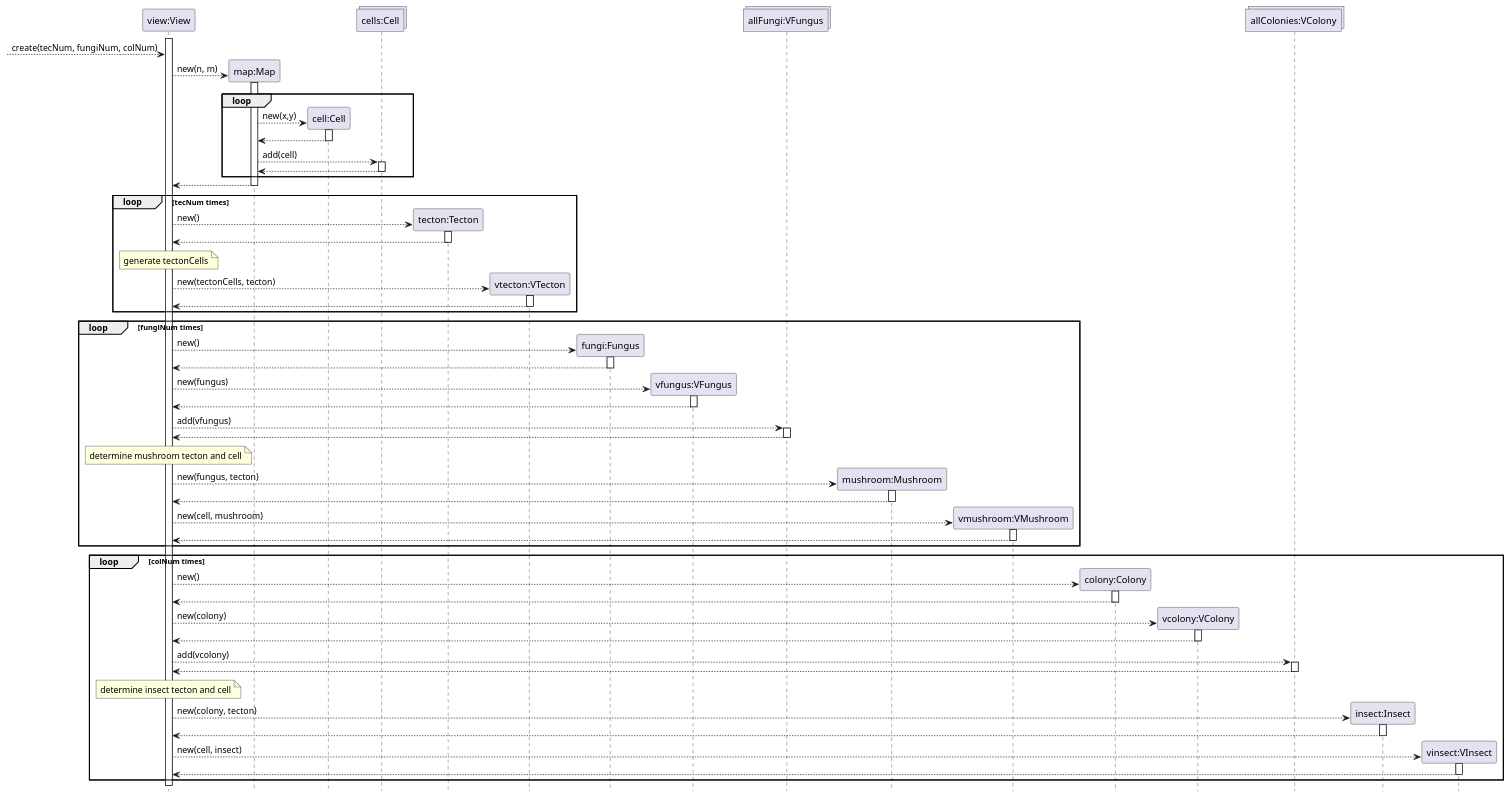
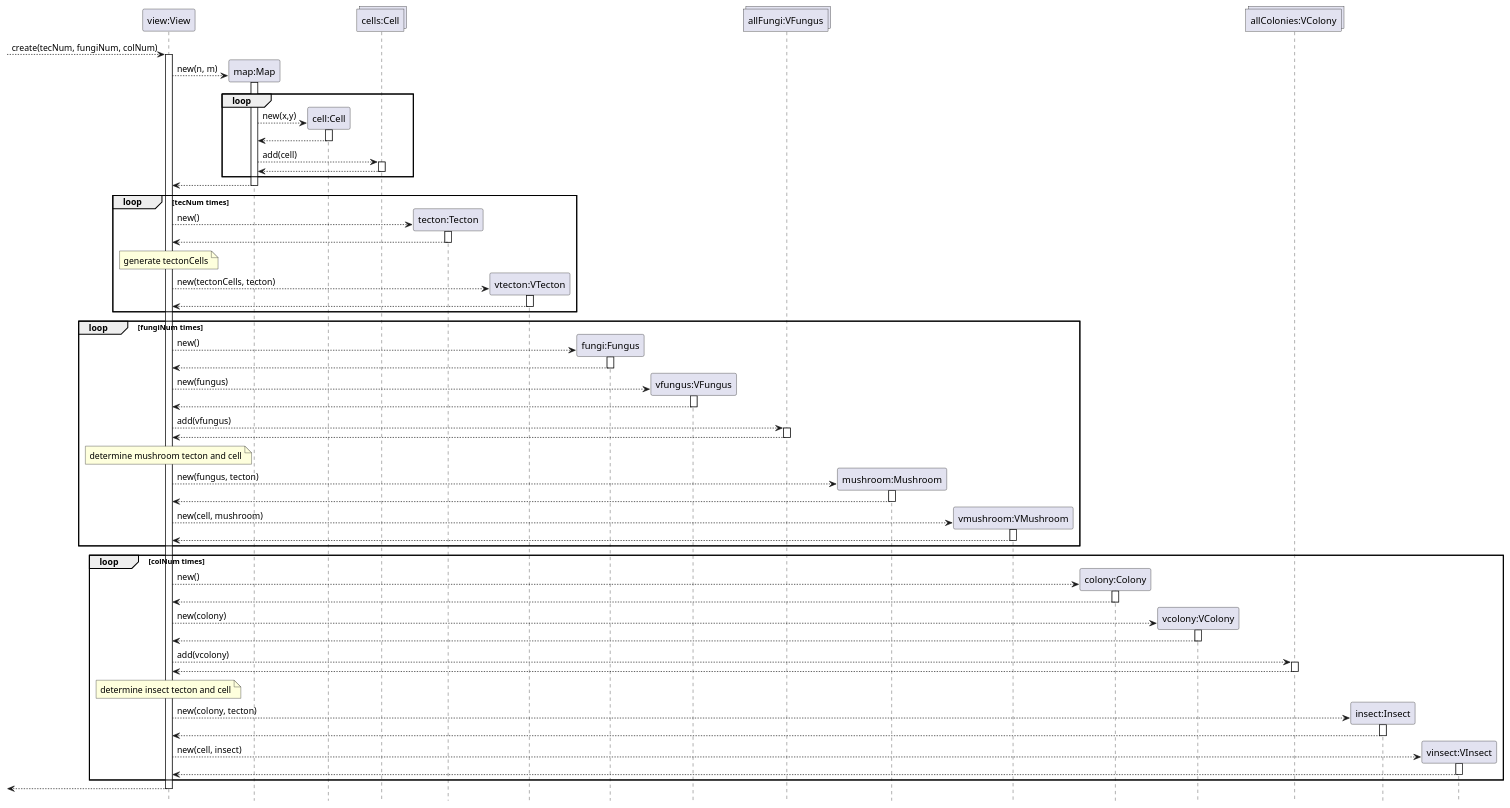
One commit to ZD4ve/projlab-error521 changed the diagram in GuiPlan/initialize.puml. Above: the diagram before and after it, drawn with PlantUML. The commit also changed 17 other files, not shown here.

```diff
--- a/GuiPlan/initialize.puml
+++ b/GuiPlan/initialize.puml
@@ -1,109 +1,104 @@
 @startuml init
 hide footbox
 
 participant "view:View" as view
 
 
 participant "map:Map" as map
 participant "cell:Cell" as cell
 collections "cells:Cell" as cells
 
 participant "tecton:Tecton" as tecton
 participant "vtecton:VTecton" as vtecton
 
 participant "fungi:Fungus" as fungus
 participant "vfungus:VFungus" as vfungus
 collections "allFungi:VFungus" as allFungi
 participant "mushroom:Mushroom" as mushroom
 participant "vmushroom:VMushroom" as vmushroom
 
 participant "colony:Colony" as col
 participant "vcolony:VColony" as vcol
 collections "allColonies:VColony" as allCol
 participant "insect:Insect" as insect
 participant "vinsect:VInsect" as vinsect
 
-
+--> view : create(tecNum, fungiNum, colNum)
 activate view
---> view : create(tecNum, fungiNum, colNum)
 create map
     view --> map : new(n, m)
 activate map
 
 loop
     create cell
         map --> cell: new(x,y)
     activate cell
     return
     map --> cells : add(cell)
     activate cells
     return
 end
 
 return
 
 loop tecNum times
     create tecton
         view --> tecton : new()
     activate tecton
     return
     note over view : generate tectonCells
     create vtecton
         view --> vtecton : new(tectonCells, tecton)
     activate vtecton
     return
 end
 
 loop fungiNum times
     create fungus
         view --> fungus : new()
     activate fungus
     return
     create vfungus
         view --> vfungus : new(fungus)
     activate vfungus
     return
     view --> allFungi : add(vfungus)
     activate allFungi
     return
     note over view : determine mushroom tecton and cell
     create mushroom
         view --> mushroom : new(fungus, tecton)
     activate mushroom
     return
     create vmushroom
         view --> vmushroom : new(cell, mushroom)
     activate vmushroom
     return
 end
 
 loop colNum times
     create col
         view --> col : new()
     activate col
     return
     create vcol
         view --> vcol : new(colony)
     activate vcol
     return
     view --> allCol : add(vcolony)
     activate allCol
     return
     note over view : determine insect tecton and cell
     create insect
         view --> insect : new(colony, tecton)
     activate insect
     return
     create vinsect
         view --> vinsect : new(cell, insect)
     activate vinsect
     return
 end
-
-
-
-
-
+return
 
 
 @enduml
```
